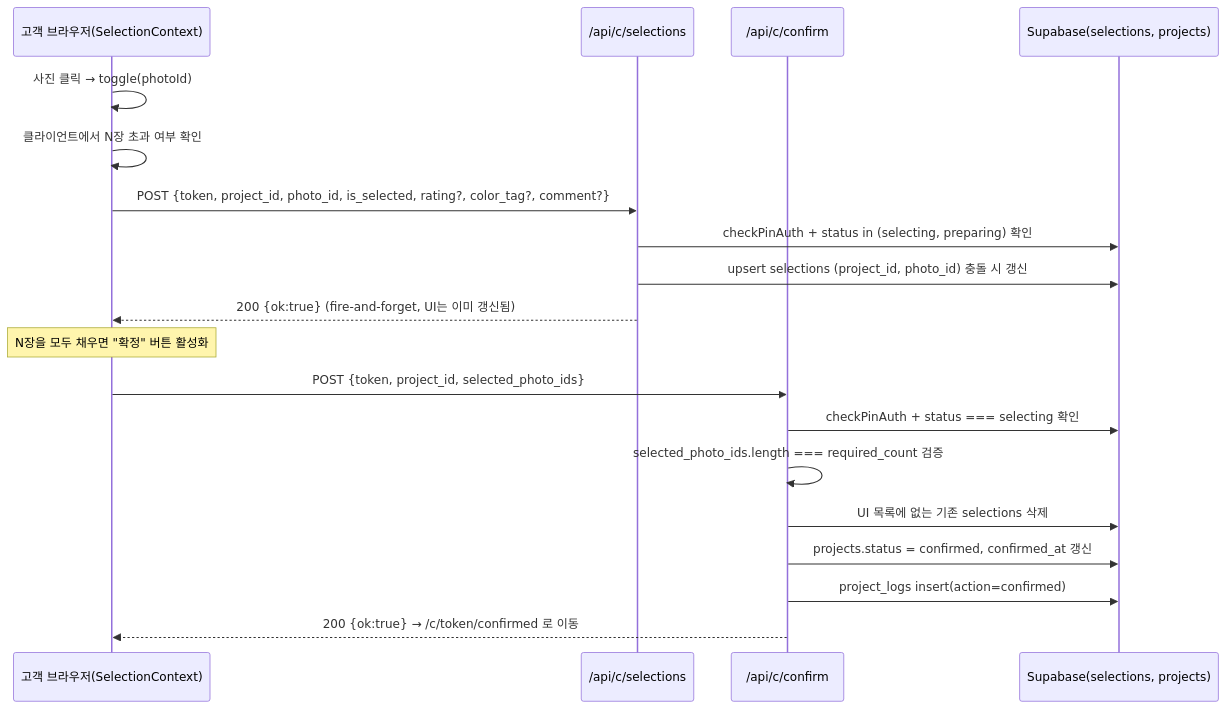
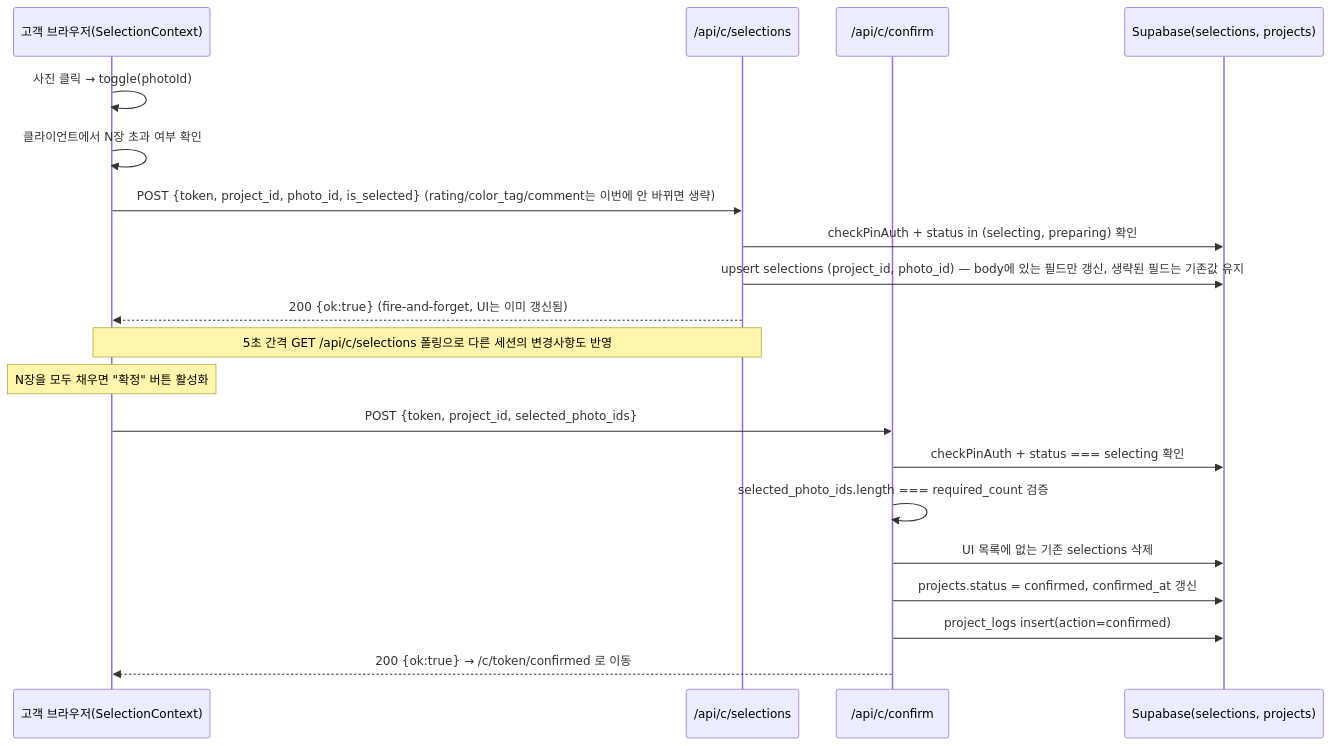
Before and after one commit to iamsonghee/photo-selection-fe: the third of 3 diagrams in docs/architecture.md, drawn with Mermaid. The commit also changed other lines of this file and 6 other files, not shown here.

````diff
--- a/docs/architecture.md
+++ b/docs/architecture.md
@@ -500,23 +577,24 @@
 ```mermaid
 sequenceDiagram
     participant C as 고객 브라우저(SelectionContext)
     participant Sel as /api/c/selections
     participant Conf as /api/c/confirm
     participant DB as Supabase(selections, projects)
 
     C->>C: 사진 클릭 → toggle(photoId)
     C->>C: 클라이언트에서 N장 초과 여부 확인
-    C->>Sel: POST {token, project_id, photo_id, is_selected, rating?, color_tag?, comment?}
+    C->>Sel: POST {token, project_id, photo_id, is_selected} (rating/color_tag/comment는 이번에 안 바뀌면 생략)
     Sel->>DB: checkPinAuth + status in (selecting, preparing) 확인
-    Sel->>DB: upsert selections (project_id, photo_id) 충돌 시 갱신
+    Sel->>DB: upsert selections (project_id, photo_id) — body에 있는 필드만 갱신, 생략된 필드는 기존값 유지
     Sel-->>C: 200 {ok:true} (fire-and-forget, UI는 이미 갱신됨)
+    Note over C,Sel: 5초 간격 GET /api/c/selections 폴링으로 다른 세션의 변경사항도 반영
 
     Note over C: N장을 모두 채우면 "확정" 버튼 활성화
     C->>Conf: POST {token, project_id, selected_photo_ids}
     Conf->>DB: checkPinAuth + status === selecting 확인
     Conf->>Conf: selected_photo_ids.length === required_count 검증
     Conf->>DB: UI 목록에 없는 기존 selections 삭제
     Conf->>DB: projects.status = confirmed, confirmed_at 갱신
     Conf->>DB: project_logs insert(action=confirmed)
     Conf-->>C: 200 {ok:true} → /c/token/confirmed 로 이동
 ```
````
